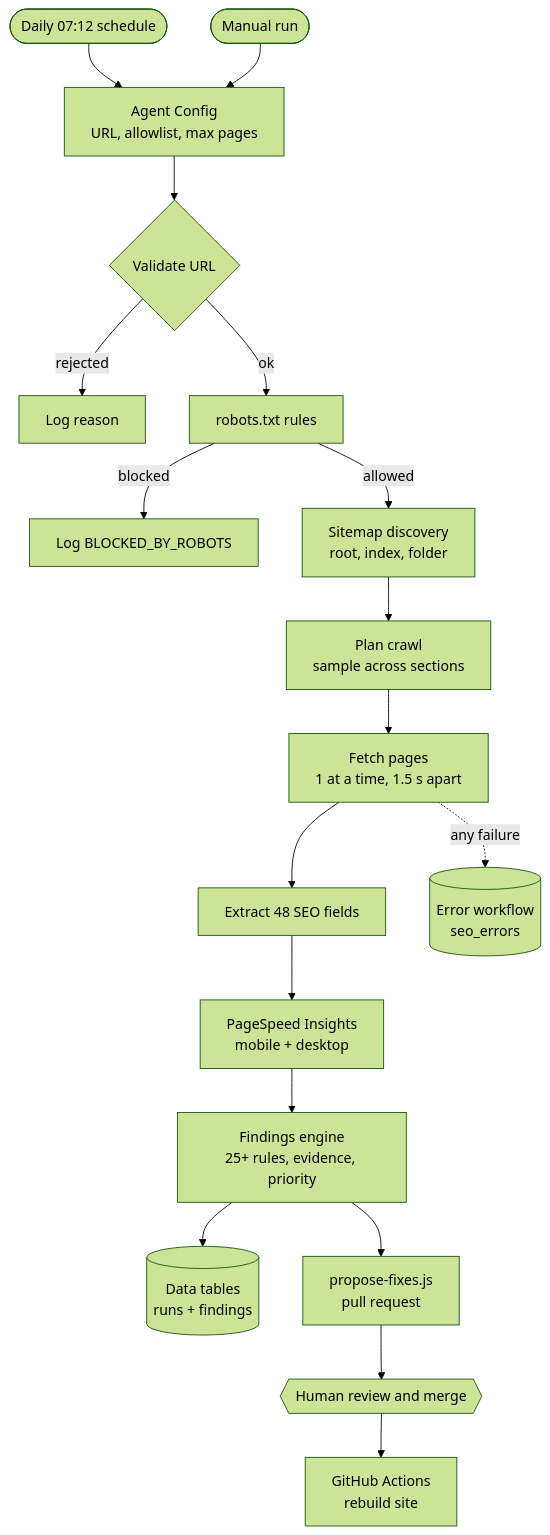
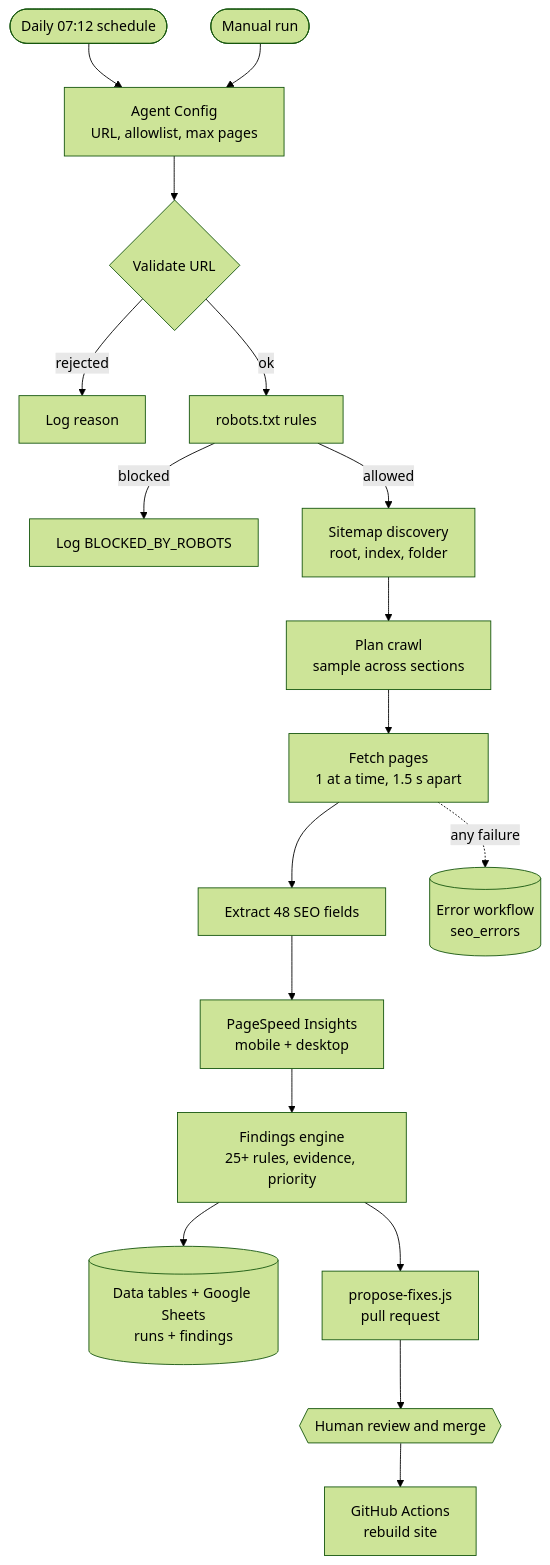
One commit to sakter2618-maker/n8n-seo-growth-agent changed the diagram in README.md. Above: the diagram before and after it, drawn with Mermaid (forest theme). The commit also changed other lines of this file and 2 other files, not shown here.

Commit message:
M6: mirror runs and findings to Google Sheets

````diff
--- a/README.md
+++ b/README.md
@@ -23,20 +23,20 @@
 ```mermaid
 flowchart TD
   T1([Daily 07:12 schedule]) --> A
   T2([Manual run]) --> A
   A[Agent Config<br/>URL, allowlist, max pages] --> B{Validate URL}
   B -- rejected --> X[Log reason]
   B -- ok --> C[robots.txt rules]
   C -- blocked --> Y[Log BLOCKED_BY_ROBOTS]
   C -- allowed --> D[Sitemap discovery<br/>root, index, folder]
   D --> E[Plan crawl<br/>sample across sections]
   E --> F[Fetch pages<br/>1 at a time, 1.5 s apart]
   F --> G[Extract 48 SEO fields]
   G --> H[PageSpeed Insights<br/>mobile + desktop]
   H --> I[Findings engine<br/>25+ rules, evidence, priority]
-  I --> J[(Data tables<br/>runs + findings)]
+  I --> J[(Data tables + Google Sheets<br/>runs + findings)]
   I --> K[propose-fixes.js<br/>pull request]
   K --> L{{Human review and merge}}
   L --> M[GitHub Actions<br/>rebuild site]
   F -. any failure .-> Z[(Error workflow<br/>seo_errors)]
 ```
````
